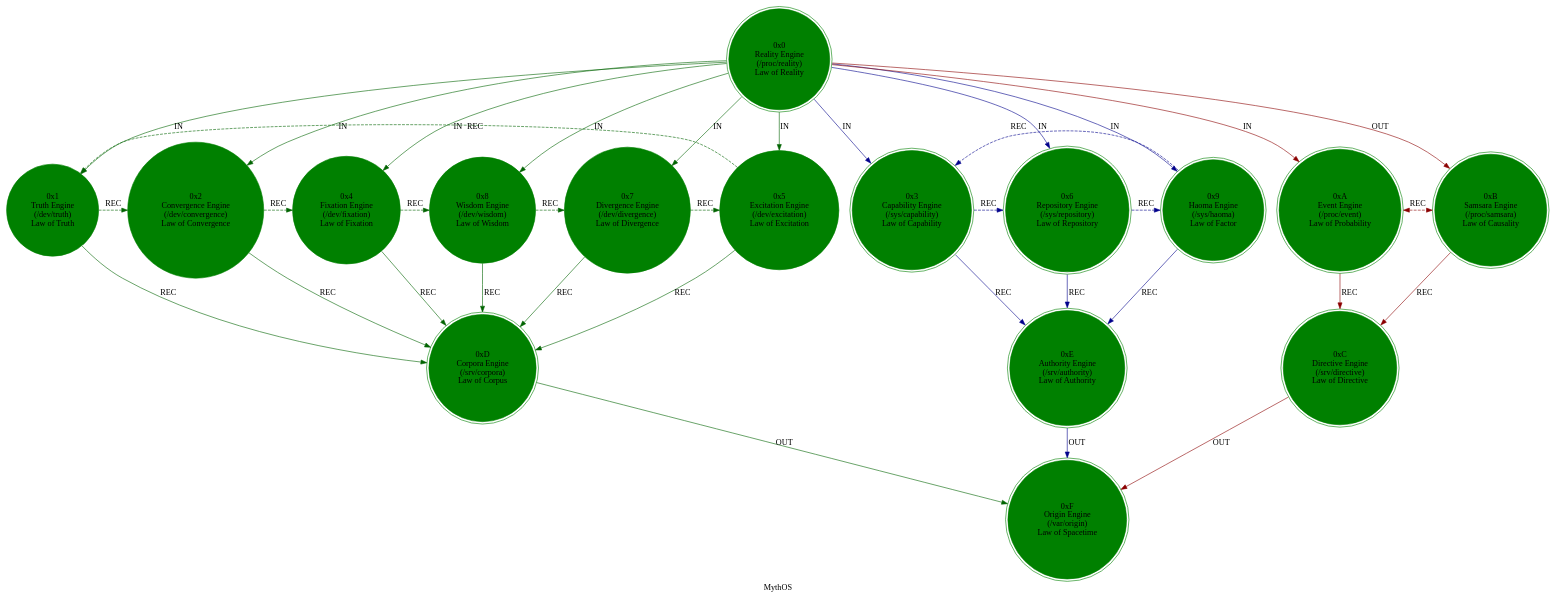
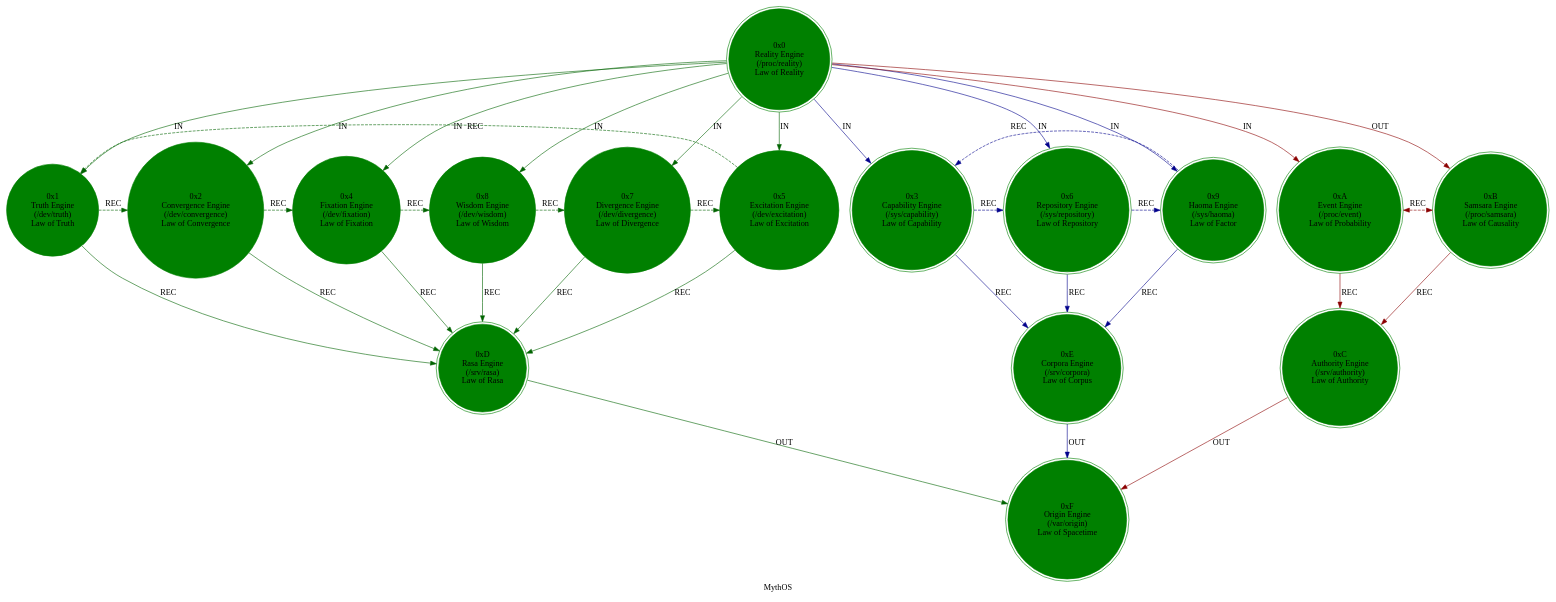
Before and after one commit to cilang/mythos: the diagram in src/mythos.dot, drawn with Graphviz. The commit also changed 8 other files, not shown here.

```diff
--- a/src/mythos.dot
+++ b/src/mythos.dot
@@ -1,44 +1,44 @@
 strict digraph MythOS {
     label = "MythOS";
     style = filled;
     color = grey90;
     node [shape = circle; style = filled; color = green;];
     edge [color = darkgray;];
     
     spark_0_mythos_t [label = "0x0\nReality Engine\n(/proc/reality)\nLaw of Reality";shape = doublecircle;comment = "The Kernel";];
     spark_1_mythos_t [label = "0x1\nTruth Engine\n(/dev/truth)\nLaw of Truth";comment = "Axiomatic Verification";];
     spark_2_mythos_t [label = "0x2\nConvergence Engine\n(/dev/convergence)\nLaw of Convergence";comment = "Unification Management";];
     spark_4_mythos_t [label = "0x4\nFixation Engine\n(/dev/fixation)\nLaw of Fixation";comment = "Rhythm Management";];
     spark_8_mythos_t [label = "0x8\nWisdom Engine\n(/dev/wisdom)\nLaw of Wisdom";comment = "Adaptive Verification";];
     spark_7_mythos_t [label = "0x7\nDivergence Engine\n(/dev/divergence)\nLaw of Divergence";comment = "Diversity Management";];
     spark_5_mythos_t [label = "0x5\nExcitation Engine\n(/dev/excitation)\nLaw of Excitation";comment = "Pattern Management";];
     spark_3_mythos_t [label = "0x3\nCapability Engine\n(/sys/capability)\nLaw of Capability";shape = doublecircle;comment = "Capability System";];
     spark_6_mythos_t [label = "0x6\nRepository Engine\n(/sys/repository)\nLaw of Repository";shape = doublecircle;comment = "Storage System";];
     spark_9_mythos_t [label = "0x9\nHaoma Engine\n(/sys/haoma)\nLaw of Factor";shape = doublecircle;comment = "Entity Recursion Descriptor Engine";];
     spark_a_mythos_t [label = "0xA\nEvent Engine\n(/proc/event)\nLaw of Probability";shape = doublecircle;comment = "Probability Field";];
     spark_b_mythos_t [label = "0xB\nSamsara Engine\n(/proc/samsara)\nLaw of Causality";shape = doublecircle;comment = "Causality Enforcement";];
-    spark_c_mythos_t [label = "0xC\nDirective Engine\n(/srv/directive)\nLaw of Directive";shape = doublecircle;comment = "Rule Arbitration";];
-    spark_d_mythos_t [label = "0xD\nCorpora Engine\n(/srv/corpora)\nLaw of Corpus";shape = doublecircle;comment = "Entity Manifestation Engine";];
-    spark_e_mythos_t [label = "0xE\nAuthority Engine\n(/srv/authority)\nLaw of Authority";shape = doublecircle;comment = "Entity Access Control";];
+    spark_c_mythos_t [label = "0xC\nAuthority Engine\n(/srv/authority)\nLaw of Authority";shape = doublecircle;comment = "Rule Arbitration";];
+    spark_d_mythos_t [label = "0xD\nRasa Engine\n(/srv/rasa)\nLaw of Rasa";shape = doublecircle;comment = "Entity Manifestation Engine";];
+    spark_e_mythos_t [label = "0xE\nCorpora Engine\n(/srv/corpora)\nLaw of Corpus";shape = doublecircle;comment = "Entity Access Control";];
     spark_f_mythos_t [label = "0xF\nOrigin Engine\n(/var/origin)\nLaw of Spacetime";shape = doublecircle;comment = "";];
     
     // IN = Input
     // OUT = Output
     // REC = Recursion
     spark_0_mythos_t -> spark_a_mythos_t [label = "IN"; color = darkred; comment = "";];
     spark_0_mythos_t -> spark_b_mythos_t [label = "OUT"; color = darkred; comment = "";];
     spark_0_mythos_t -> {spark_3_mythos_t spark_6_mythos_t spark_9_mythos_t} [label = "IN"; color = darkblue; comment = "";];
     spark_0_mythos_t -> {spark_1_mythos_t spark_2_mythos_t spark_4_mythos_t spark_5_mythos_t spark_7_mythos_t spark_8_mythos_t} [label = "IN"; color = darkgreen; comment = "";];
     
     {spark_a_mythos_t spark_b_mythos_t} -> spark_c_mythos_t [label = "REC"; color = darkred; comment = "";];
     {spark_3_mythos_t spark_6_mythos_t spark_9_mythos_t} -> spark_e_mythos_t [label = "REC"; color = darkblue; comment = "";];
     {spark_1_mythos_t spark_2_mythos_t spark_4_mythos_t spark_8_mythos_t spark_7_mythos_t spark_5_mythos_t} -> spark_d_mythos_t [label = "REC"; color = darkgreen; comment = "";];
     
     spark_a_mythos_t -> spark_b_mythos_t [label = "REC"; color = darkred; comment = ""; style = dashed; constraint = false; dir = both;];
     spark_3_mythos_t -> spark_6_mythos_t -> spark_9_mythos_t -> spark_3_mythos_t [label = "REC"; color = darkblue; comment = ""; style = dashed; constraint = false;];
     spark_1_mythos_t -> spark_2_mythos_t -> spark_4_mythos_t -> spark_8_mythos_t -> spark_7_mythos_t -> spark_5_mythos_t -> spark_1_mythos_t [label = "REC"; color = darkgreen; comment = ""; style = dashed; constraint = false;];
     
     spark_c_mythos_t -> spark_f_mythos_t [label = "OUT"; color = darkred; comment = "";];
     spark_d_mythos_t -> spark_f_mythos_t [label = "OUT"; color = darkgreen; comment = "";];
     spark_e_mythos_t -> spark_f_mythos_t [label = "OUT"; color = darkblue; comment = "";];
 }
```
